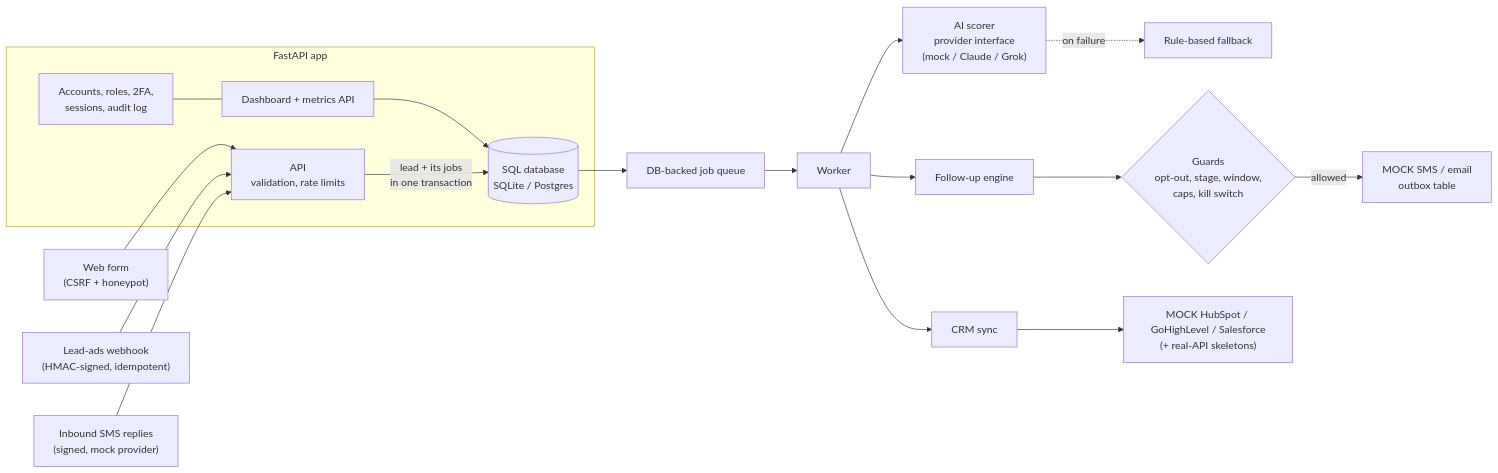
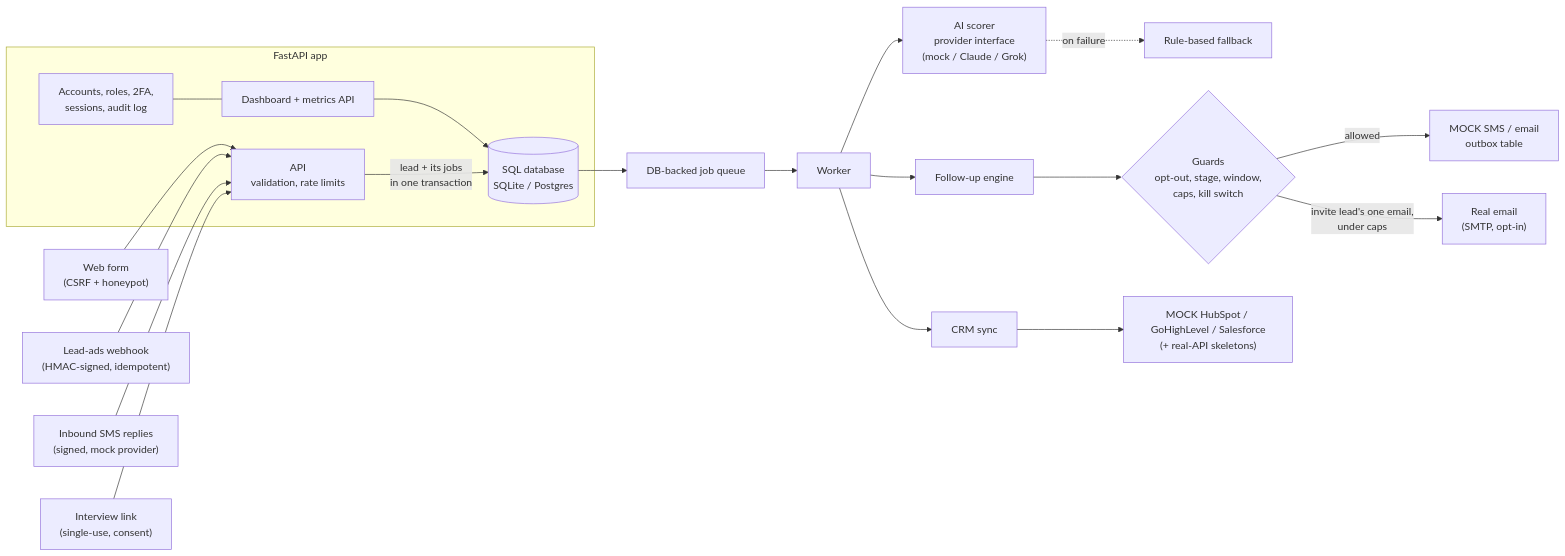
Before and after one commit to latin-guru/speed-to-lead: the diagram in README.md, drawn with Mermaid. The commit also changed other lines of this file and 4 other files, not shown here.

````diff
--- a/README.md
+++ b/README.md
@@ -60,22 +79,24 @@
 ```mermaid
 flowchart LR
     form["Web form<br/>(CSRF + honeypot)"] --> api
     meta["Lead-ads webhook<br/>(HMAC-signed, idempotent)"] --> api
     sms_in["Inbound SMS replies<br/>(signed, mock provider)"] --> api
+    invite["Interview link<br/>(single-use, consent)"] --> api
 
     subgraph core["FastAPI app"]
         api["API<br/>validation, rate limits"] -->|"lead + its jobs<br/>in one transaction"| db[("SQL database<br/>SQLite / Postgres")]
         dash["Dashboard + metrics API"] --> db
         auth["Accounts, roles, 2FA,<br/>sessions, audit log"] --- dash
     end
 
     db --> queue["DB-backed job queue"]
     queue --> worker["Worker"]
     worker --> scorer["AI scorer<br/>provider interface<br/>(mock / Claude / Grok)"]
     scorer -. "on failure" .-> rules["Rule-based fallback"]
     worker --> engine["Follow-up engine"]
     engine --> guards{"Guards<br/>opt-out, stage, window,<br/>caps, kill switch"}
     guards -->|"allowed"| outbox["MOCK SMS / email<br/>outbox table"]
+    guards -->|"invite lead's one email,<br/>under caps"| realmail["Real email<br/>(SMTP, opt-in)"]
     worker --> crm["CRM sync"]
     crm --> crms["MOCK HubSpot / GoHighLevel / Salesforce<br/>(+ real-API skeletons)"]
 ```
````
